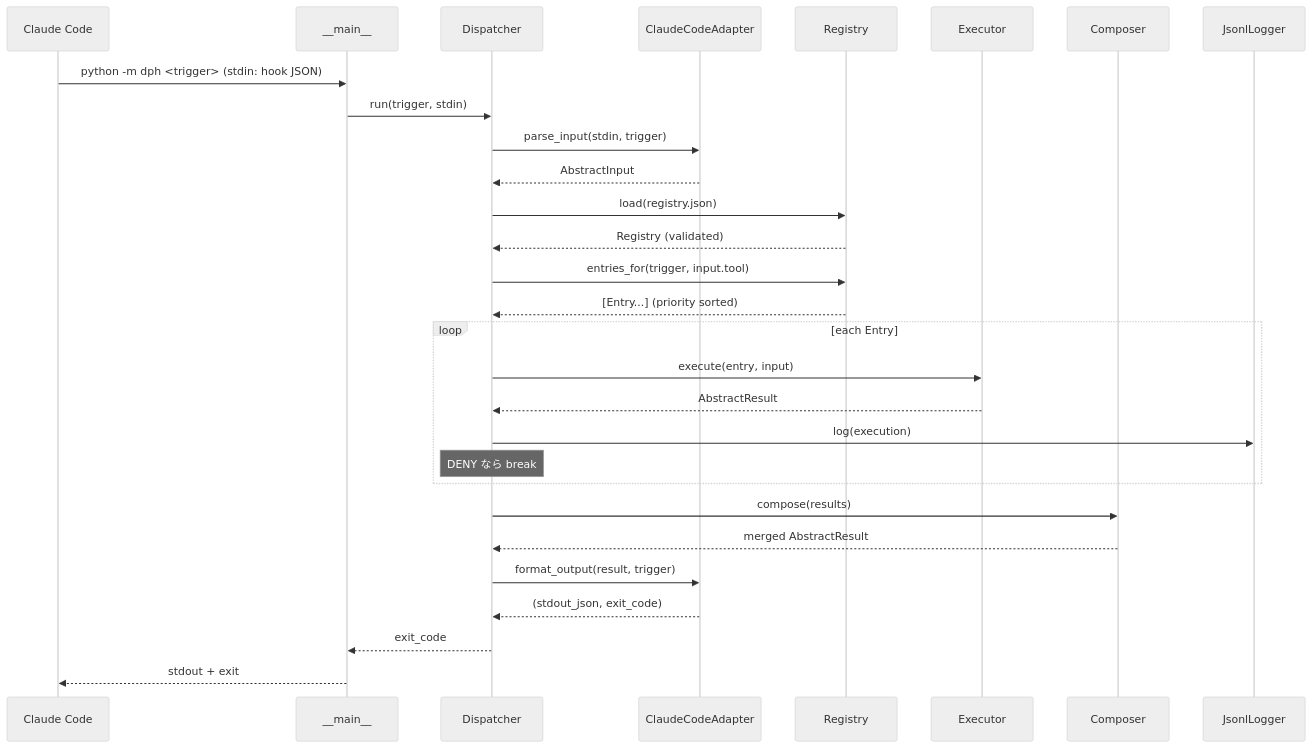
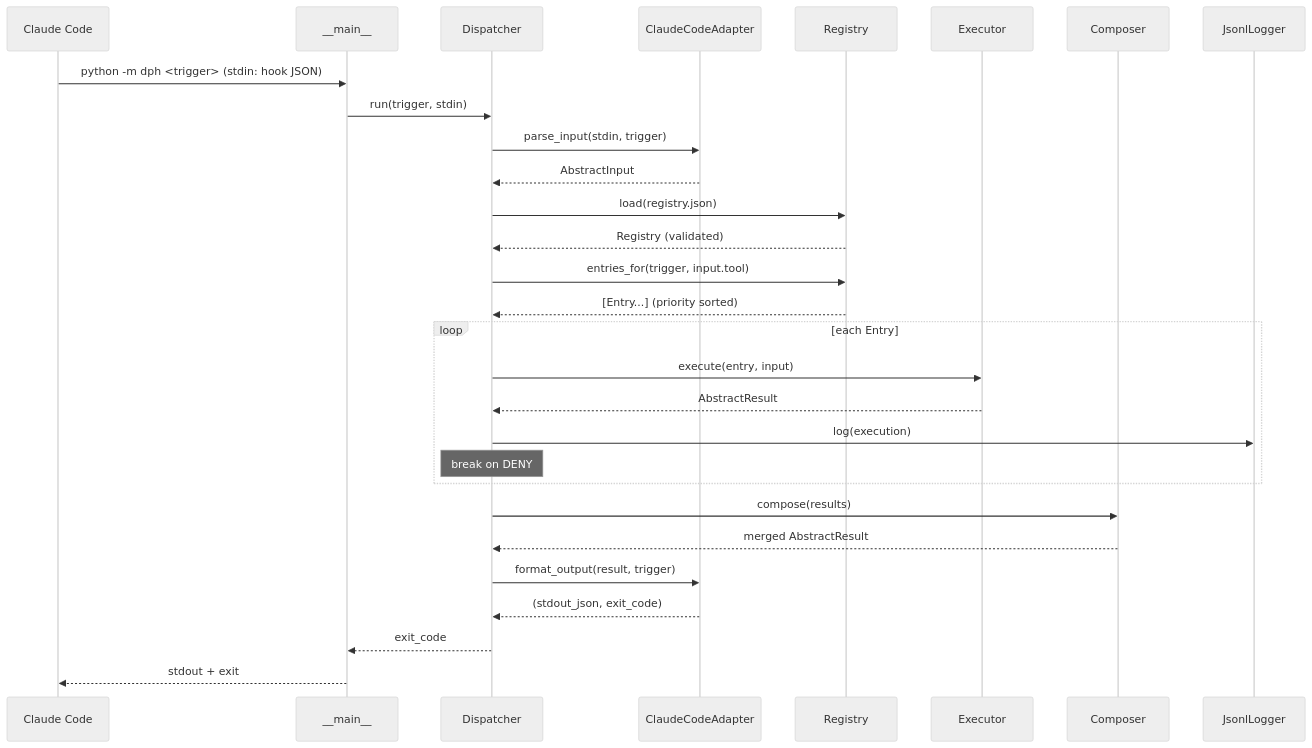
Before and after one commit to bibi-meow/dynamic-prompt-harness: the fourth of 6 diagrams in docs/swe/swe.2-software-architecture.md, drawn with Mermaid (neutral theme). The commit also changed other lines of this file and 3 other files, not shown here.

````diff
--- a/docs/swe/swe.2-software-architecture.md
+++ b/docs/swe/swe.2-software-architecture.md
@@ -173,32 +173,32 @@
 ```mermaid
 sequenceDiagram
     participant CC as Claude Code
     participant M as __main__
     participant D as Dispatcher
     participant A as ClaudeCodeAdapter
     participant R as Registry
     participant E as Executor
     participant CO as Composer
     participant L as JsonlLogger
 
     CC->>M: python -m dph <trigger> (stdin: hook JSON)
     M->>D: run(trigger, stdin)
     D->>A: parse_input(stdin, trigger)
     A-->>D: AbstractInput
     D->>R: load(registry.json)
     R-->>D: Registry (validated)
     D->>R: entries_for(trigger, input.tool)
     R-->>D: [Entry...]  (priority sorted)
     loop each Entry
         D->>E: execute(entry, input)
         E-->>D: AbstractResult
         D->>L: log(execution)
-        Note over D: DENY なら break
+        Note over D: break on DENY
     end
     D->>CO: compose(results)
     CO-->>D: merged AbstractResult
     D->>A: format_output(result, trigger)
     A-->>D: (stdout_json, exit_code)
     D-->>M: exit_code
     M-->>CC: stdout + exit
 ```
````
